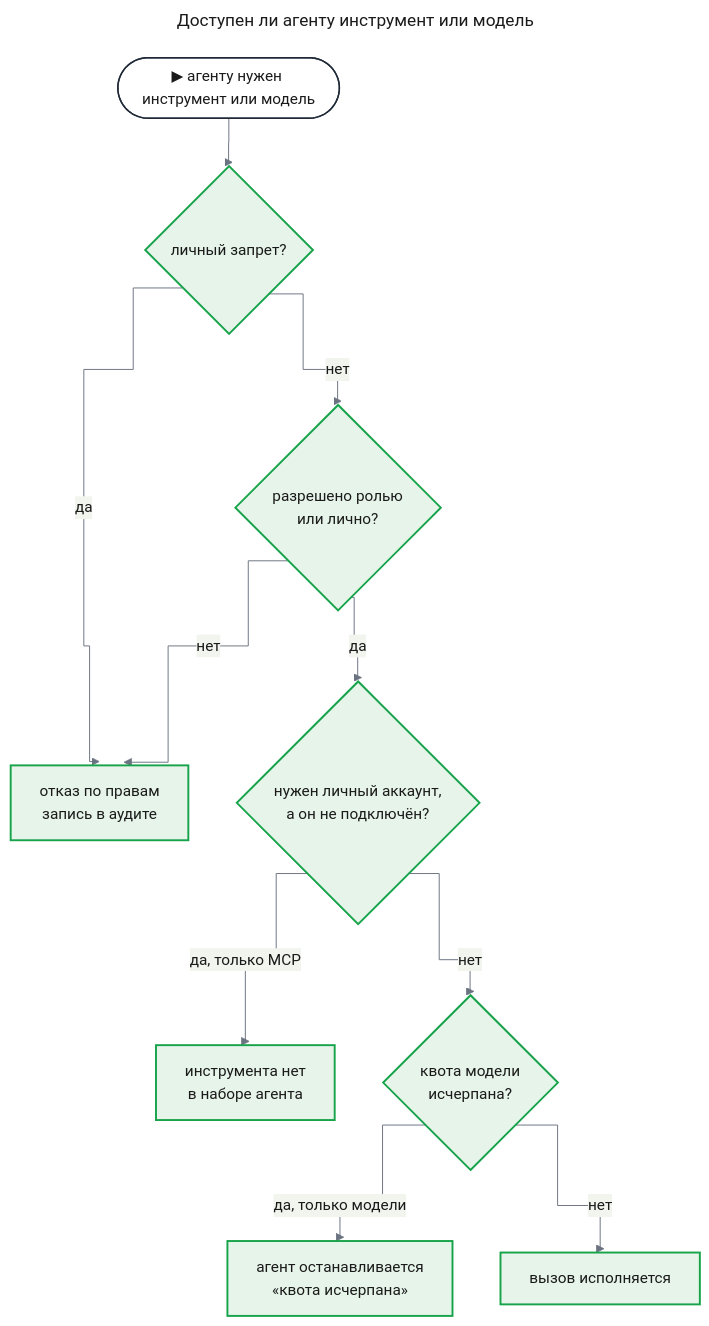
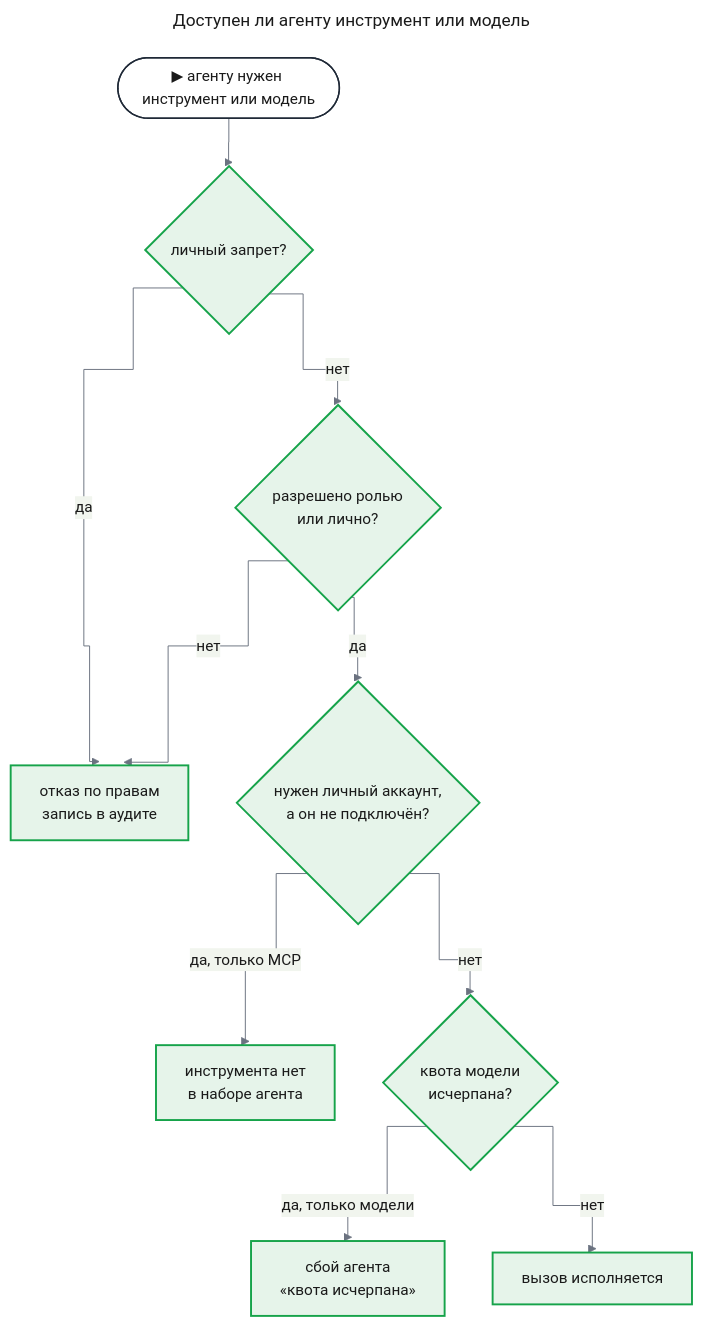
Before and after one commit to tundraray/agent-os: the third of 6 diagrams in docs/features/enterprise-access/prd.md, drawn with Mermaid. The commit also changed other lines of this file, not shown here.

````diff
--- a/docs/features/enterprise-access/prd.md
+++ b/docs/features/enterprise-access/prd.md
@@ -181,38 +179,38 @@
 ```mermaid
 ---
 title: "Доступен ли агенту инструмент или модель"
 config:
   theme: base
   look: classic
   themeVariables:
     primaryColor: "#eef1f5"
     primaryBorderColor: "#4b5563"
     primaryTextColor: "#1a1a1a"
     lineColor: "#6b7280"
   flowchart:
     curve: step
 ---
 flowchart TD
     ask(["▶ агенту нужен инструмент или модель"])
     deny{"личный запрет?"}
     allow{"разрешено ролью<br/>или лично?"}
     acct{"нужен личный аккаунт,<br/>а он не подключён?"}
     quota{"квота модели<br/>исчерпана?"}
     no["отказ по правам<br/>запись в аудите"]
     hide["инструмента нет<br/>в наборе агента"]
-    pause["агент останавливается<br/>«квота исчерпана»"]
+    pause["сбой агента<br/>«квота исчерпана»"]
     go["вызов исполняется"]
     ask --> deny
     deny -->|"да"| no
     deny -->|"нет"| allow
     allow -->|"нет"| no
     allow -->|"да"| acct
     acct -->|"да, только MCP"| hide
     acct -->|"нет"| quota
     quota -->|"да, только модели"| pause
     quota -->|"нет"| go
     classDef entry fill:#ffffff,stroke:#1f2937,stroke-width:1.5px,color:#1a1a1a
     classDef new fill:#e6f4ea,stroke:#16a34a,stroke-width:2px,color:#1a1a1a
     class ask entry
     class deny,allow,acct,quota,no,hide,pause,go new
 ```
````
